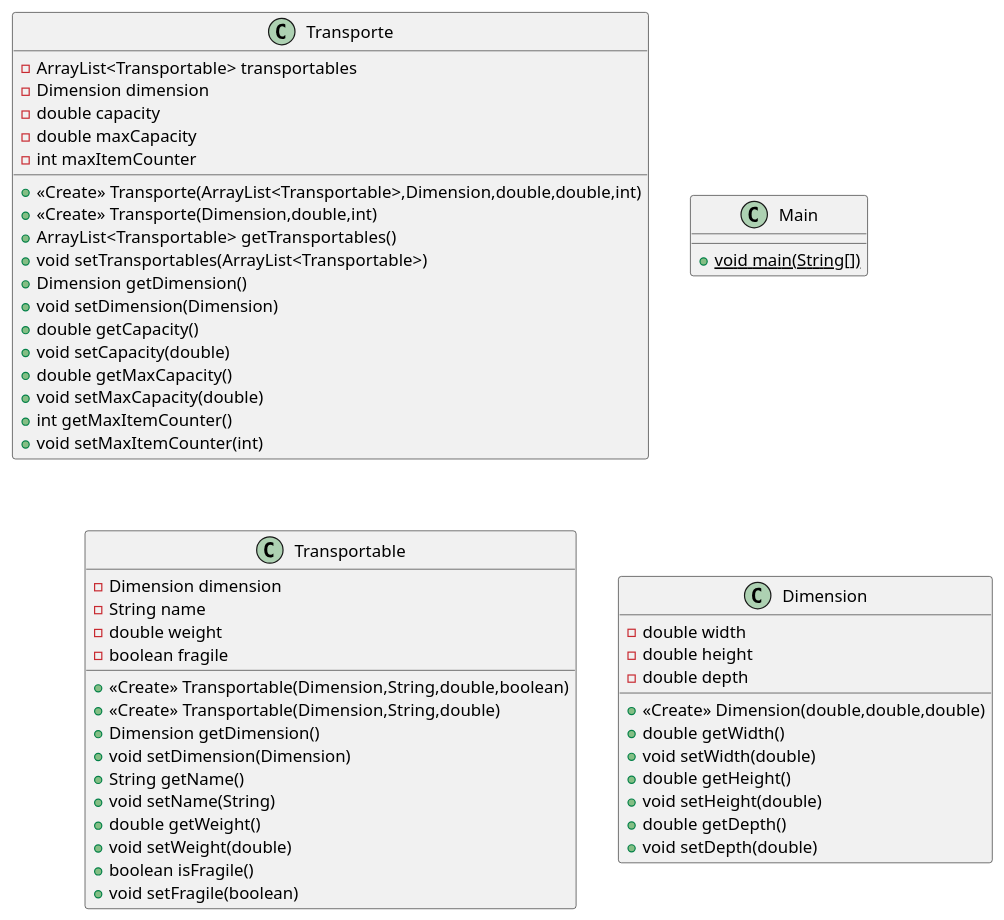
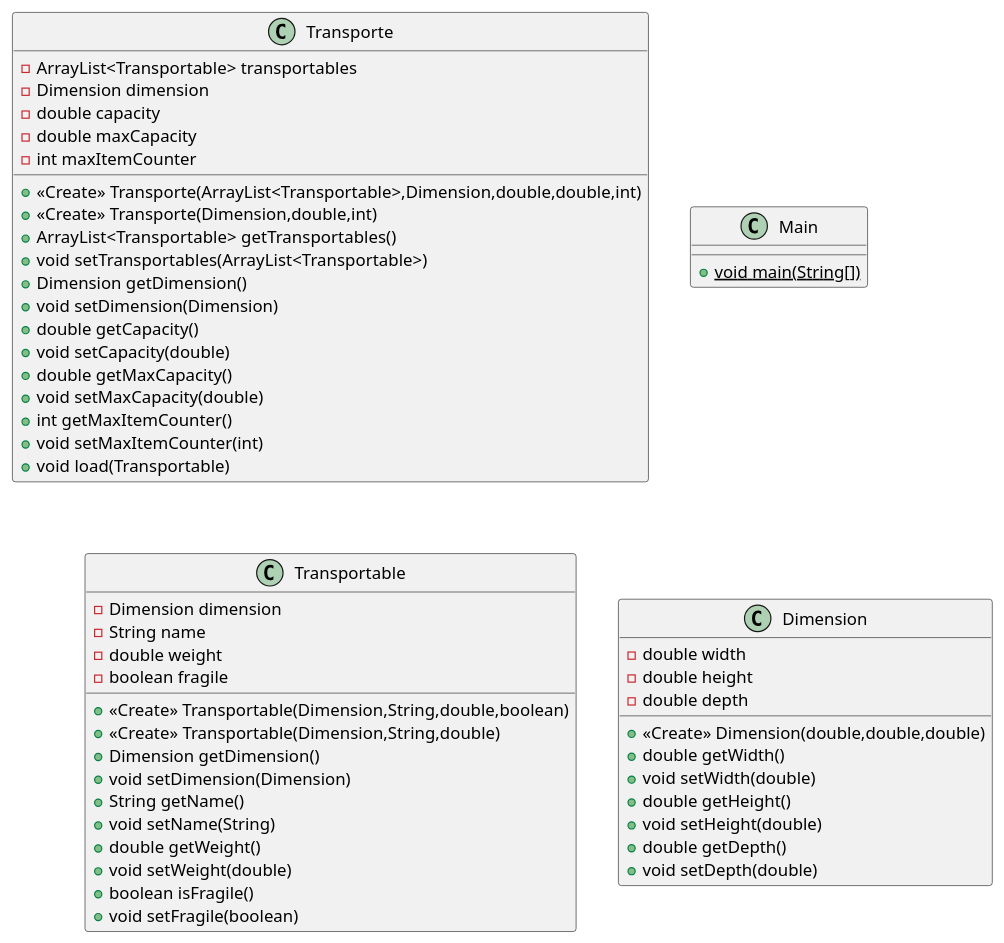
One commit to sergiomedinaio/empresa_mudanzas_sa changed the diagram in empresa_mudanzas_sa.puml. Above: the diagram before and after it, drawn with PlantUML. The commit also changed 1 other file, not shown here.

Commit message:
docs: add load method

```diff
--- a/empresa_mudanzas_sa.puml
+++ b/empresa_mudanzas_sa.puml
@@ -1,52 +1,53 @@
 @startuml
 class Transporte {
 - ArrayList<Transportable> transportables
 - Dimension dimension
 - double capacity
 - double maxCapacity
 - int maxItemCounter
 + <<Create>> Transporte(ArrayList<Transportable>,Dimension,double,double,int)
 + <<Create>> Transporte(Dimension,double,int)
 + ArrayList<Transportable> getTransportables()
 + void setTransportables(ArrayList<Transportable>)
 + Dimension getDimension()
 + void setDimension(Dimension)
 + double getCapacity()
 + void setCapacity(double)
 + double getMaxCapacity()
 + void setMaxCapacity(double)
 + int getMaxItemCounter()
 + void setMaxItemCounter(int)
++ void load(Transportable)
 }
 class Main {
 + {static} void main(String[])
 }
 class Transportable {
 - Dimension dimension
 - String name
 - double weight
 - boolean fragile
 + <<Create>> Transportable(Dimension,String,double,boolean)
 + <<Create>> Transportable(Dimension,String,double)
 + Dimension getDimension()
 + void setDimension(Dimension)
 + String getName()
 + void setName(String)
 + double getWeight()
 + void setWeight(double)
 + boolean isFragile()
 + void setFragile(boolean)
 }
 class Dimension {
 - double width
 - double height
 - double depth
 + <<Create>> Dimension(double,double,double)
 + double getWidth()
 + void setWidth(double)
 + double getHeight()
 + void setHeight(double)
 + double getDepth()
 + void setDepth(double)
 }
 @enduml
```
